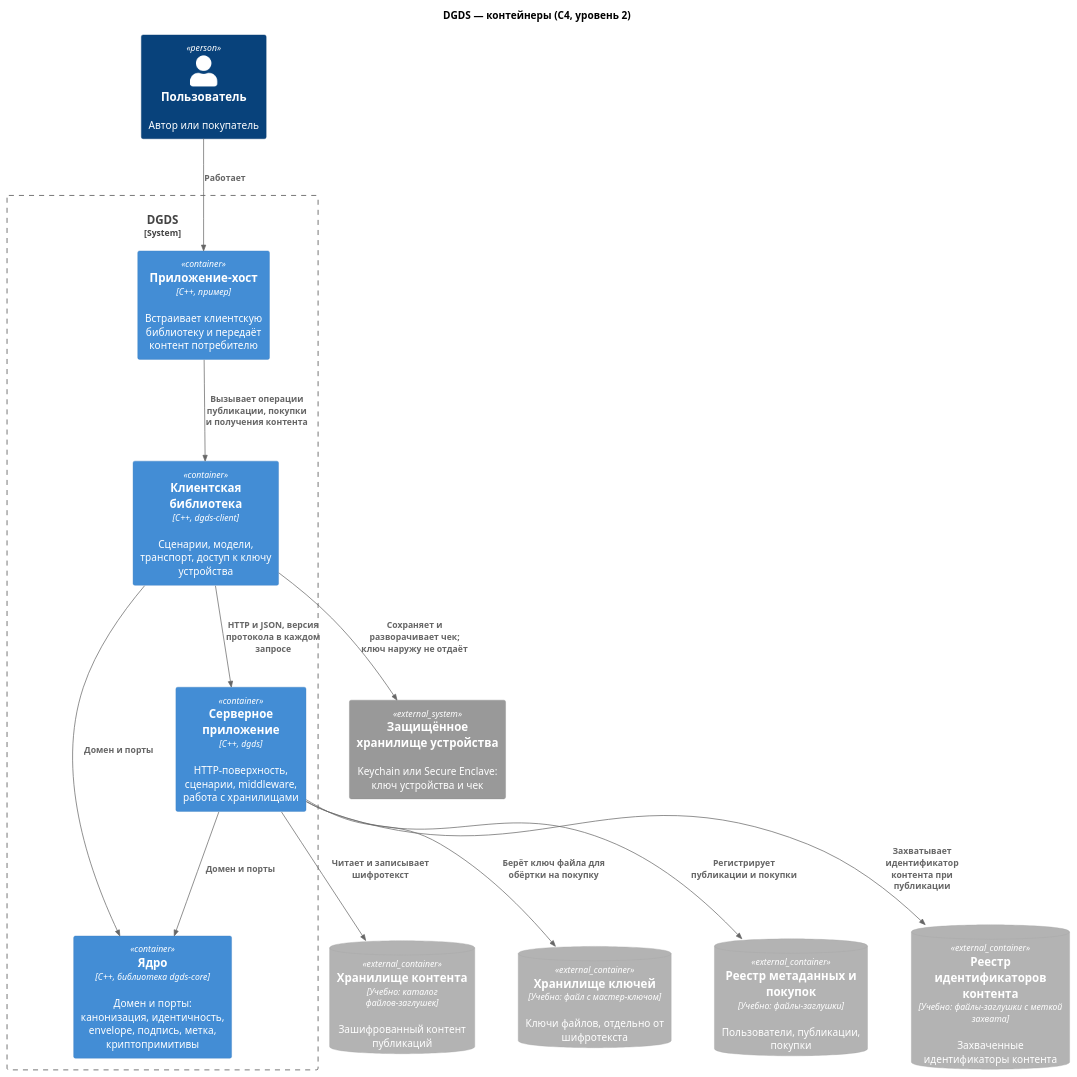
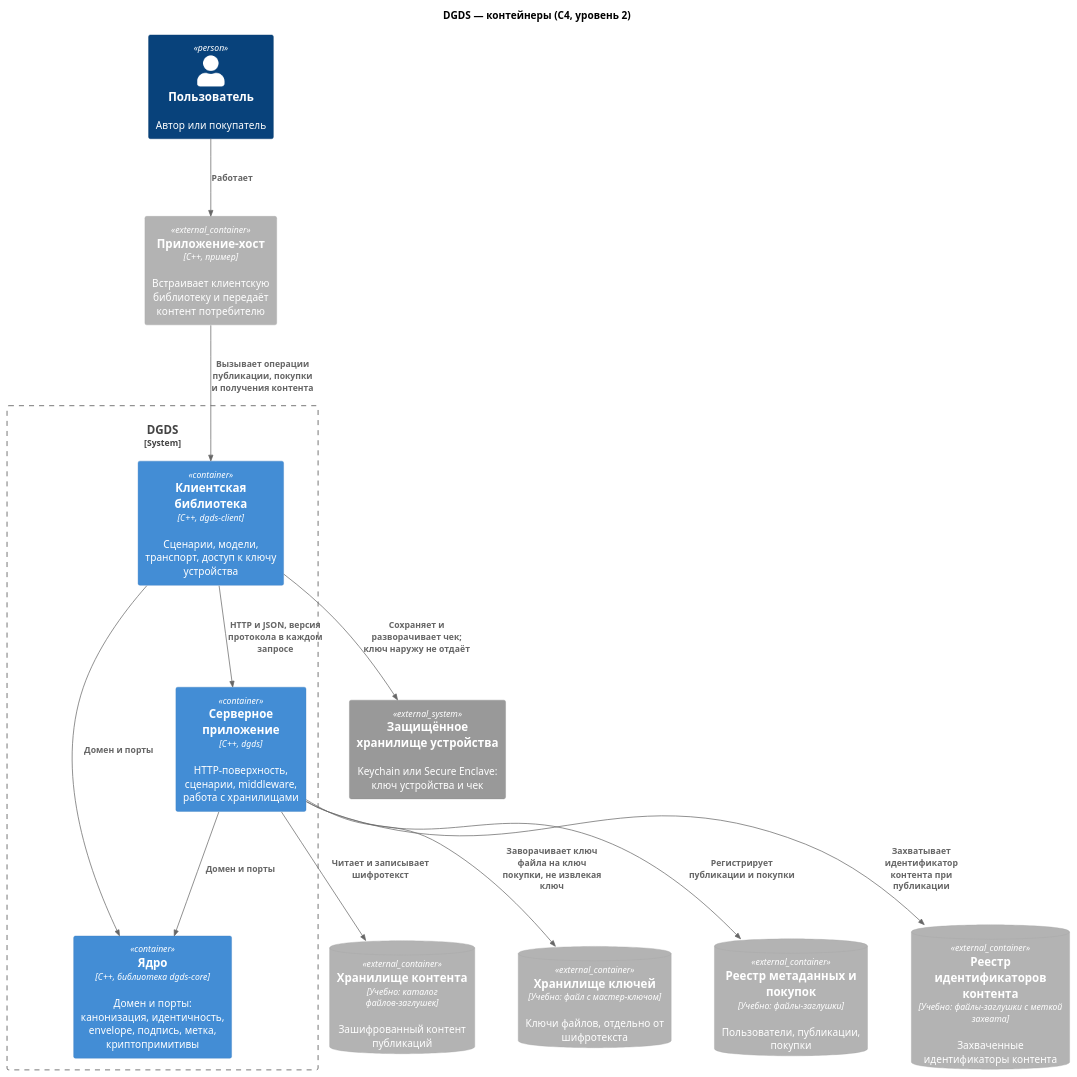
The diagram in docs/architecture/02-containers.puml (plushcube/dgds), drawn with PlantUML before and after one commit. The commit also changed 108 other files, not shown here.

```diff
--- a/docs/architecture/02-containers.puml
+++ b/docs/architecture/02-containers.puml
@@ -1,35 +1,35 @@
 @startuml
 !include <C4/C4_Container>
 
 title DGDS — контейнеры (C4, уровень 2)
 
 skinparam nodesep 60
 skinparam ranksep 90
 
 Person(user, "Пользователь", "Автор или покупатель")
+Container_Ext(host, "Приложение-хост", "C++, пример", "Встраивает клиентскую библиотеку и передаёт контент потребителю")
 
 System_Boundary(dgds, "DGDS") {
-  Container(host, "Приложение-хост", "C++, пример", "Встраивает клиентскую библиотеку и передаёт контент потребителю")
   Container(client, "Клиентская библиотека", "C++, dgds-client", "Сценарии, модели, транспорт, доступ к ключу устройства")
   Container(server, "Серверное приложение", "C++, dgds", "HTTP-поверхность, сценарии, middleware, работа с хранилищами")
   Container(core, "Ядро", "C++, библиотека dgds-core", "Домен и порты: канонизация, идентичность, envelope, подпись, метка, криптопримитивы")
 }
 
 System_Ext(devicekey, "Защищённое хранилище устройства", "Keychain или Secure Enclave: ключ устройства и чек")
 ContainerDb_Ext(blobs, "Хранилище контента", "Учебно: каталог файлов-заглушек", "Зашифрованный контент публикаций")
 ContainerDb_Ext(keys, "Хранилище ключей", "Учебно: файл с мастер-ключом", "Ключи файлов, отдельно от шифротекста")
 ContainerDb_Ext(meta, "Реестр метаданных и покупок", "Учебно: файлы-заглушки", "Пользователи, публикации, покупки")
 ContainerDb_Ext(identities, "Реестр идентификаторов контента", "Учебно: файлы-заглушки с меткой захвата", "Захваченные идентификаторы контента")
 
 Rel(user, host, "Работает")
 Rel(host, client, "Вызывает операции публикации, покупки и получения контента")
 Rel_D(client, core, "Домен и порты")
 Rel_D(server, core, "Домен и порты")
 Rel(client, server, "HTTP и JSON, версия протокола в каждом запросе")
 Rel(client, devicekey, "Сохраняет и разворачивает чек; ключ наружу не отдаёт")
 Rel(server, blobs, "Читает и записывает шифротекст")
-Rel(server, keys, "Берёт ключ файла для обёртки на покупку")
+Rel(server, keys, "Заворачивает ключ файла на ключ покупки, не извлекая ключ")
 Rel(server, meta, "Регистрирует публикации и покупки")
 Rel(server, identities, "Захватывает идентификатор контента при публикации")
 
 @enduml
```
